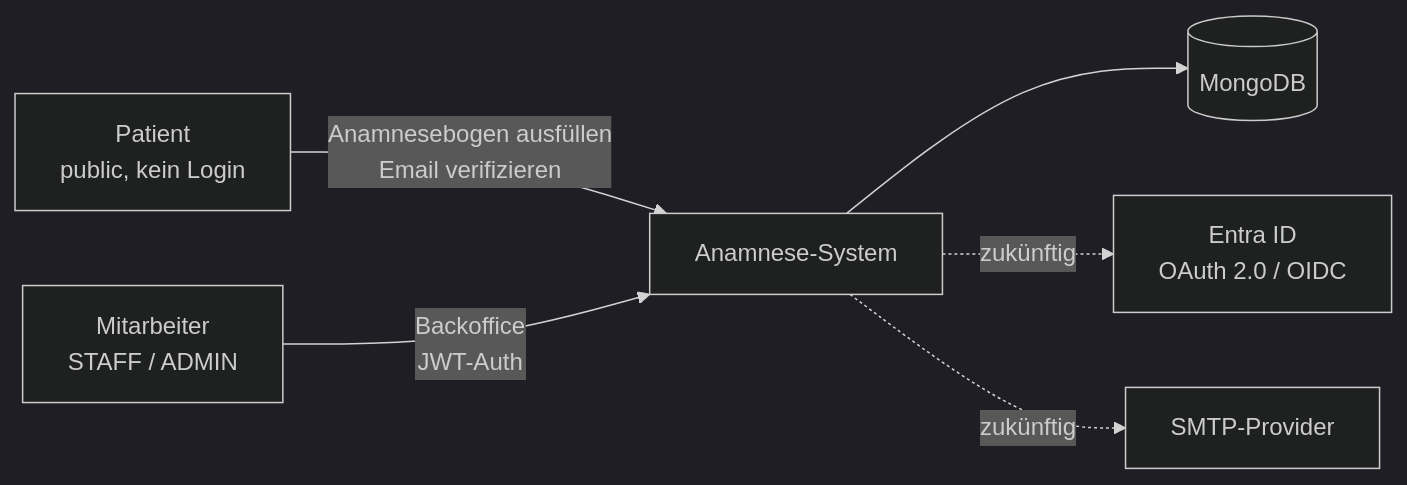
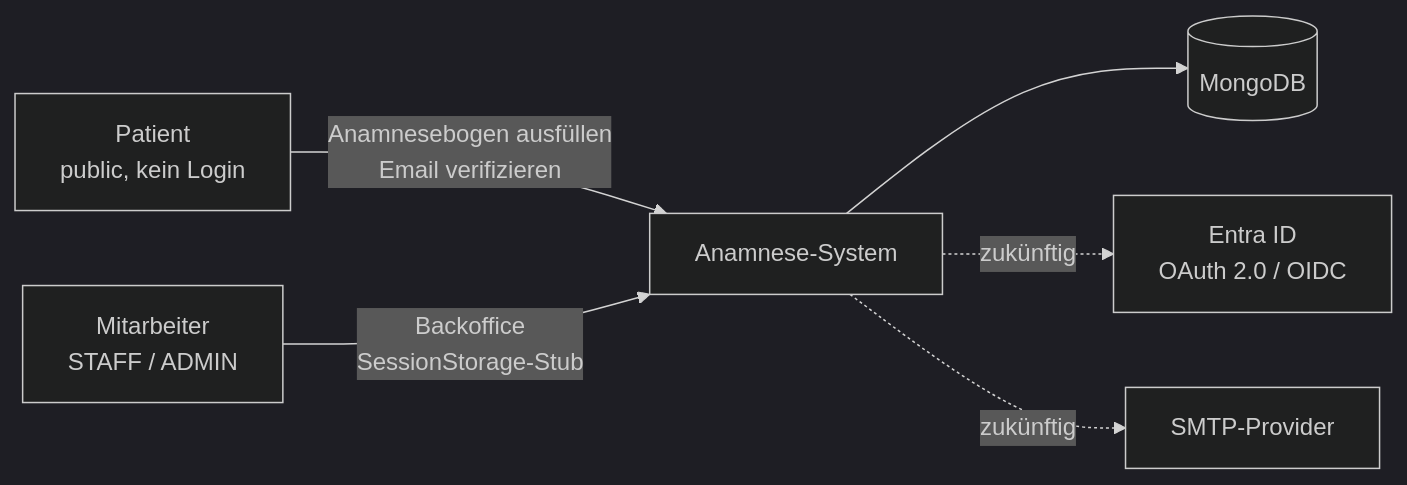
Before and after one commit to JulLeuverink/schoen-klinik-coding-challenge: the first of 4 diagrams in docs/architektur.md, drawn with Mermaid (dark theme). The commit also changed other lines of this file and 16 other files, not shown here.

````diff
--- a/docs/architektur.md
+++ b/docs/architektur.md
@@ -19,15 +19,15 @@
 ```mermaid
 flowchart LR
     P[Patient<br/>public, kein Login]
     M[Mitarbeiter<br/>STAFF / ADMIN]
     SYS[Anamnese-System]
     DB[(MongoDB)]
     IdP[Entra ID<br/>OAuth 2.0 / OIDC]
     SMTP[SMTP-Provider]
 
     P -->|Anamnesebogen ausfüllen<br/>Email verifizieren| SYS
-    M -->|Backoffice<br/>JWT-Auth| SYS
+    M -->|Backoffice<br/>SessionStorage-Stub| SYS
     SYS --> DB
     SYS -.zukünftig.-> IdP
     SYS -.zukünftig.-> SMTP
 ```
````
